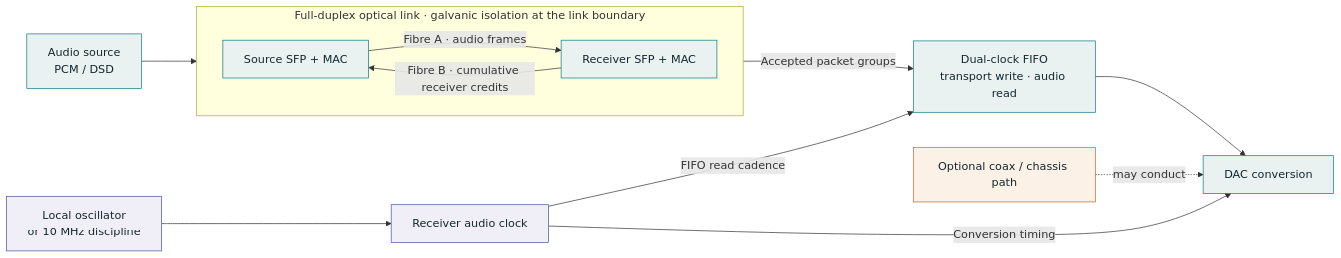
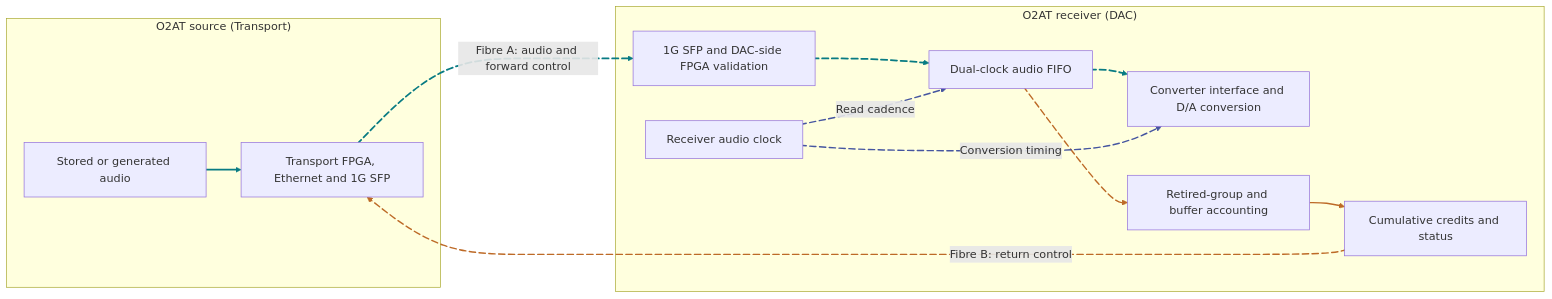
The diagram in diagrams/architecture.mmd (o2at-org/o2at), drawn with Mermaid before and after one commit. The commit also changed 169 other files, not shown here.

Commit message:
Add landscape Mermaid workflow gallery

```diff
--- a/diagrams/architecture.mmd
+++ b/diagrams/architecture.mmd
@@ -1,19 +1,39 @@
+---
+config:
+  theme: mc
+---
 flowchart LR
-  SRC[Audio source<br/>PCM / DSD] --> TX[Source SFP + MAC]
-  subgraph OPTICAL[Full-duplex optical link · galvanic isolation at the link boundary]
-    direction LR
-    TX -->|Fibre A · audio frames| RX[Receiver SFP + MAC]
-    RX -->|Fibre B · cumulative receiver credits| TX
-  end
-  RX -->|Accepted packet groups| FIFO[Dual-clock FIFO<br/>transport write · audio read]
-  FIFO --> DAC[DAC conversion]
-  REF[Local oscillator<br/>or 10 MHz discipline] --> CLK[Receiver audio clock]
-  CLK -->|FIFO read cadence| FIFO
-  CLK -->|Conversion timing| DAC
-  EXTRA[Optional coax / chassis path] -. may conduct .-> DAC
-  classDef audio fill:#e9f2f1,stroke:#087b83,color:#14272d
-  classDef feedback fill:#fbf1e7,stroke:#bd6a27,color:#14272d
-  classDef clock fill:#f0eff7,stroke:#4555a0,color:#14272d
-  class SRC,TX,RX,FIFO,DAC audio
-  class REF,CLK clock
-  class EXTRA feedback
+    accTitle: O2AT system overview
+    accDescr: Audio crosses a duplex optical Ethernet link into a validated receiver buffer. The receiver audio clock controls conversion, while cumulative credits regulate source delivery over the return fibre.
+    subgraph source["O2AT source (Transport)"]
+        TX["Transport FPGA, Ethernet and 1G SFP"]
+        MEDIA["Stored or generated audio"]
+    end
+    subgraph receiver["O2AT receiver (DAC)"]
+        FIFO["Dual-clock audio FIFO"]
+        RX["1G SFP and DAC-side FPGA validation"]
+        DAC["Converter interface and D/A conversion"]
+        CLOCK["Receiver audio clock"]
+        ACCOUNT["Retired-group and buffer accounting"]
+        CONTROL["Cumulative credits and status"]
+    end
+    MEDIA --> TX
+    RX L_RX_FIFO_0@--> FIFO
+    FIFO L_FIFO_DAC_0@--> DAC & ACCOUNT
+    CLOCK L_CLOCK_FIFO_0@-. Read cadence .-> FIFO
+    CLOCK L_CLOCK_DAC_0@-. Conversion timing .-> DAC
+    ACCOUNT --> CONTROL
+    TX L_TX_RX_0@== Fibre A: audio and forward control ==> RX
+    CONTROL L_CONTROL_TX_0@-. Fibre B: return control .-> TX
+
+    linkStyle 0,1,2,7 stroke:#087b83,stroke-width:2.5px,fill:none
+    linkStyle 3,6,8 stroke:#bd6a27,stroke-width:2px,fill:none
+    linkStyle 4,5 stroke:#4555a0,stroke-width:2px,stroke-dasharray:4 4,fill:none
+
+    L_RX_FIFO_0@{ animation: slow }
+    L_FIFO_DAC_0@{ animation: fast }
+    L_FIFO_ACCOUNT_0@{ animation: slow }
+    L_CLOCK_FIFO_0@{ animation: slow }
+    L_CLOCK_DAC_0@{ animation: slow }
+    L_TX_RX_0@{ animation: slow }
+    L_CONTROL_TX_0@{ animation: fast }
```
